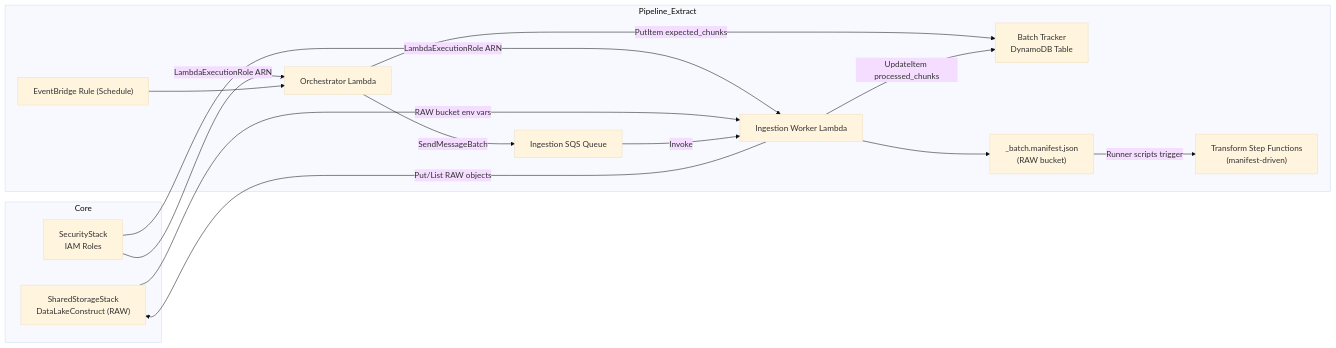
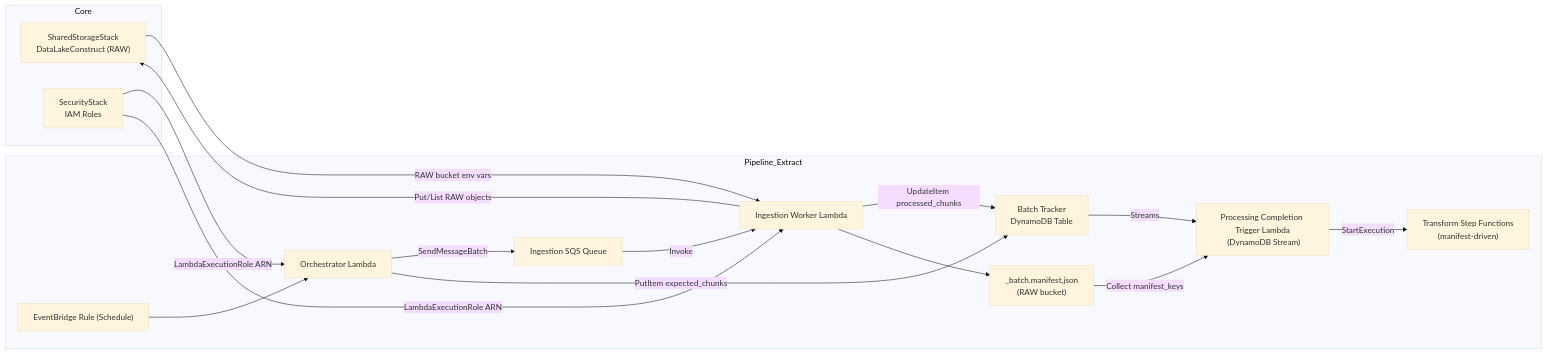
One commit to keemgdeok/fin-forge-pipeline changed the diagram in docs/diagrams/extract/01-components.md. Above: the diagram before and after it, drawn with Mermaid (base theme). The commit also changed 23 other files, not shown here.

Commit message:
docs: update docs/diagrams/

````diff
--- a/docs/diagrams/extract/01-components.md
+++ b/docs/diagrams/extract/01-components.md
@@ -1,28 +1,31 @@
 ```mermaid
 graph LR
   subgraph Core
     SS["SharedStorageStack<br/>DataLakeConstruct (RAW)"]
     SEC["SecurityStack<br/>IAM Roles"]
   end
   subgraph Pipeline_Extract
     EV["EventBridge Rule (Schedule)"]
     ORC["Orchestrator Lambda"]
     SQS["Ingestion SQS Queue"]
     WRK["Ingestion Worker Lambda"]
     DDB["Batch Tracker<br/>DynamoDB Table"]
     MAN["_batch.manifest.json<br/>(RAW bucket)"]
+    TRG["Processing Completion Trigger Lambda<br/> (DynamoDB Stream)"]
     SFN["Transform Step Functions<br/>(manifest-driven)"]
   end
 
   SEC -->|LambdaExecutionRole ARN| ORC
   SEC -->|LambdaExecutionRole ARN| WRK
   SS -->|RAW bucket env vars| WRK
   EV --> ORC
   ORC -->|SendMessageBatch| SQS
   ORC -->|PutItem expected_chunks| DDB
   SQS -->|Invoke| WRK
   WRK -->|Put/List RAW objects| SS
   WRK -->|UpdateItem processed_chunks| DDB
   WRK --> MAN
-  MAN -->|Runner scripts trigger| SFN
+  MAN -->|Collect manifest_keys| TRG
+  DDB -->|Streams| TRG
+  TRG -->|StartExecution| SFN
 ```
````
